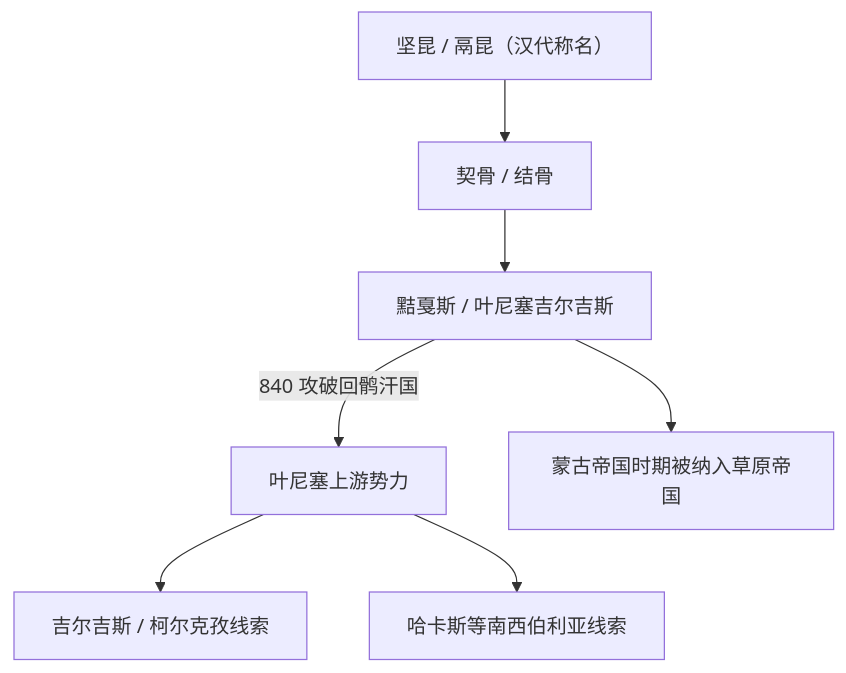
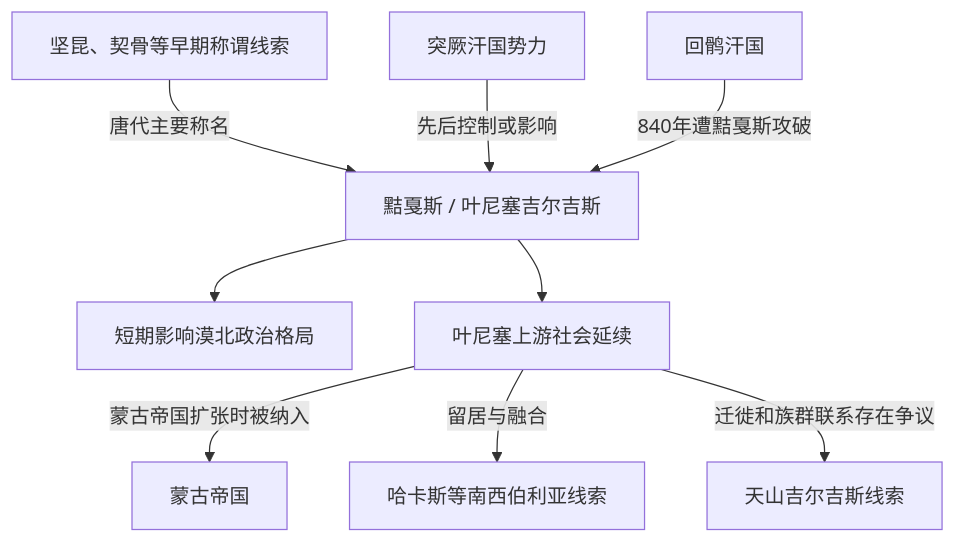
Before and after one commit to tianlan-dev/learning-notes: the diagram in 人文科学/历史/东亚/中国/_民族/突厥语族与北方草原/叶尼塞吉尔吉斯/黠戛斯.md, drawn with Mermaid. The commit also changed other lines of this file and 180 other files, not shown here.

````diff
--- a/人文科学/历史/东亚/中国/_民族/突厥语族与北方草原/叶尼塞吉尔吉斯/黠戛斯.md
+++ b/人文科学/历史/东亚/中国/_民族/突厥语族与北方草原/叶尼塞吉尔吉斯/黠戛斯.md
@@ -10,9 +17,11 @@
 ```mermaid
 flowchart TD
-  Jiankun["坚昆 / 鬲昆（汉代称名）"] --> Qigu["契骨 / 结骨"]
-  Qigu --> Xiajiasi["黠戛斯 / 叶尼塞吉尔吉斯"]
-  Xiajiasi -->|840 攻破回鹘汗国| Yenisei["叶尼塞上游势力"]
-  Yenisei --> Kyrgyz["吉尔吉斯 / 柯尔克孜线索"]
-  Yenisei --> Khakas["哈卡斯等南西伯利亚线索"]
-  Xiajiasi --> MongolEmpire["蒙古帝国时期被纳入草原帝国"]
+    Earlier["坚昆、契骨等早期称谓线索"] -->|"唐代主要称名"| Xiajiasi["黠戛斯 / 叶尼塞吉尔吉斯"]
+    Turk["突厥汗国势力"] -->|"先后控制或影响"| Xiajiasi
+    Uighur["回鹘汗国"] -->|"840年遭黠戛斯攻破"| Xiajiasi
+    Xiajiasi --> Mongolia["短期影响漠北政治格局"]
+    Xiajiasi --> Yenisei["叶尼塞上游社会延续"]
+    Yenisei -->|"蒙古帝国扩张时被纳入"| Mongol["蒙古帝国"]
+    Yenisei -->|"留居与融合"| Khakas["哈卡斯等南西伯利亚线索"]
+    Yenisei -->|"迁徙和族群联系存在争议"| Tianshan["天山吉尔吉斯线索"]
 ```
````
